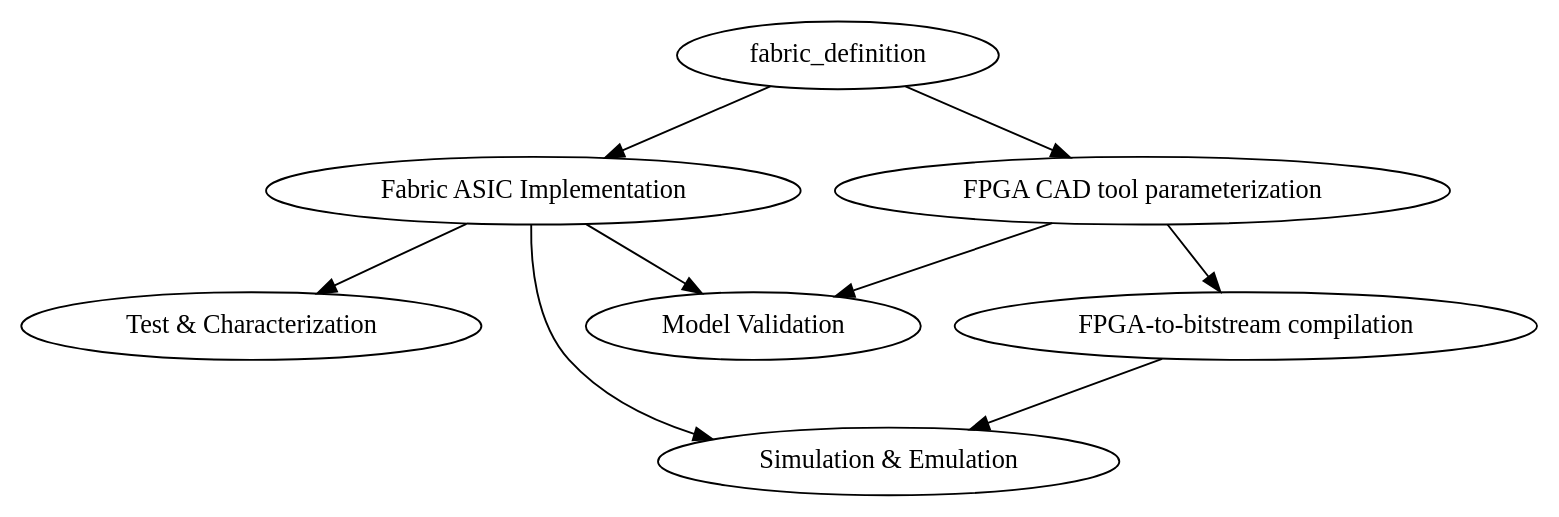
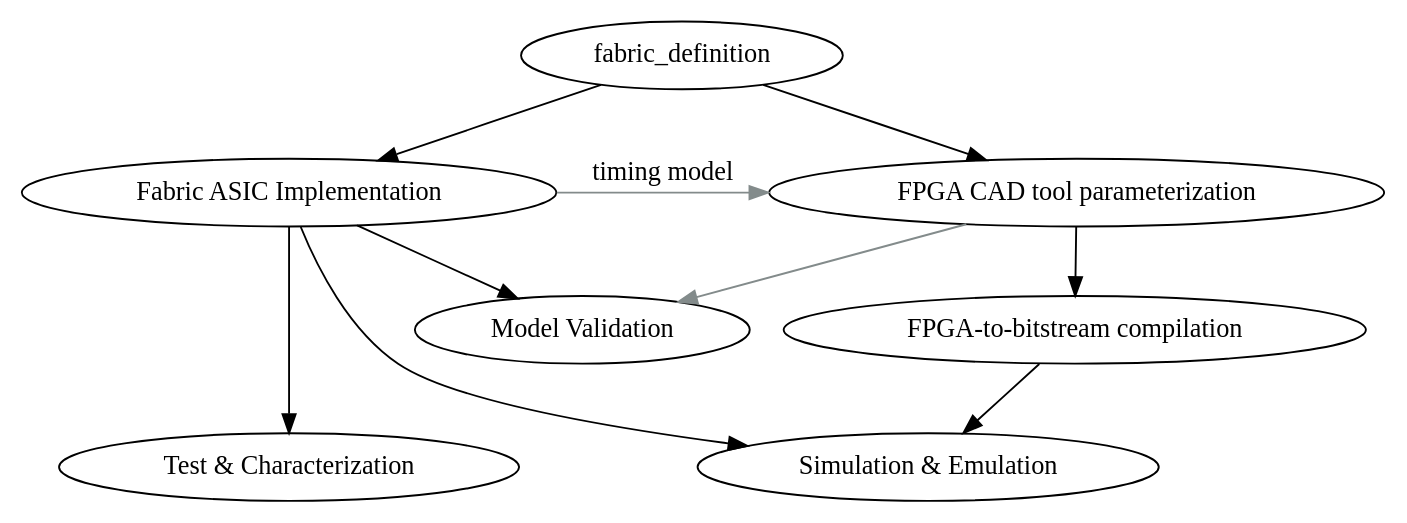
The diagram in docs/source/index.rst (FPGA-Research-Manchester/Fabulous_documentation), drawn with Graphviz before and after one commit.

Commit message:
flow improvement

```diff
--- a/docs/source/index.rst
+++ b/docs/source/index.rst
@@ -12,16 +12,19 @@
 .. graphviz::
 
      digraph fabulous_flow {
               a [label="fabric_definition",URL="Fabric RTL.html", target="_top"];
               b [label="Fabric ASIC Implementation"];
-              c [label="Test & Characterization"]
-              d [label="Model Validation"]
-              e [label="FPGA CAD tool parameterization"]
-              f [label="FPGA-to-bitstream compilation"]
-              g [label="Simulation & Emulation"]
+              c [label="Test & Characterization"];
+              d [label="Model Validation"];
+              e [label="FPGA CAD tool parameterization"];
+              f [label="FPGA-to-bitstream compilation"];
+              g [label="Simulation & Emulation"];
               a -> b -> c;
               b -> d;
               b -> g;
+              b -> e [label="timing model",color="azure4"];
               a -> e -> f -> g;
-              e -> d;
+              e -> d [color="azure4"];
+              { rank=same; b; e;}
+              { rank=same; c; g;}
                                      }
```
